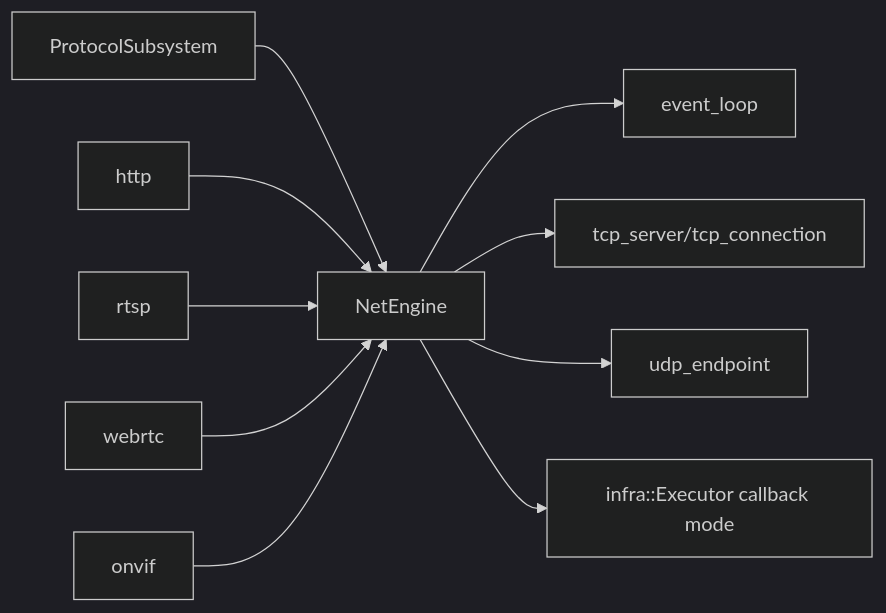
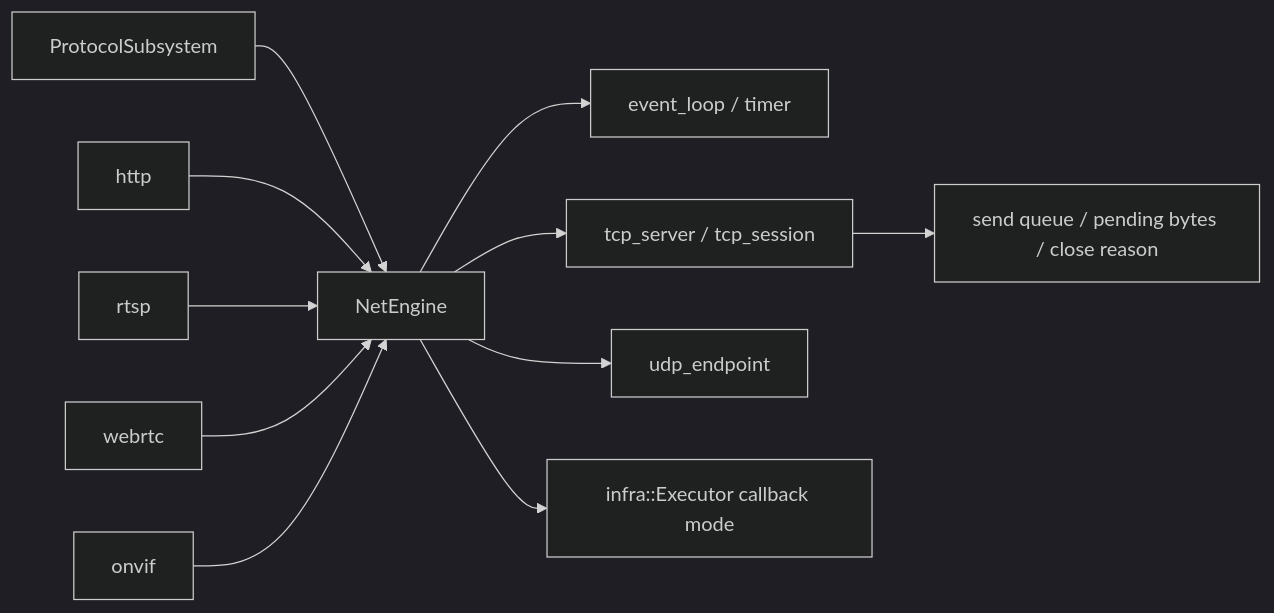
The diagram in docs/libs/net.md (373699756/live_stream), drawn with Mermaid (dark theme) before and after one commit. The commit also changed other lines of this file and 18 other files, not shown here.

Commit message:
refactor(net): task 6 freeze session contracts

````diff
--- a/docs/libs/net.md
+++ b/docs/libs/net.md
@@ -14,12 +15,13 @@
 ```mermaid
 flowchart LR
   Protocol[ProtocolSubsystem] --> Net[NetEngine]
-  Net --> Loop[event_loop]
-  Net --> TCP[tcp_server/tcp_connection]
+  Net --> Loop[event_loop / timer]
+  Net --> TCP[tcp_server / tcp_session]
   Net --> UDP[udp_endpoint]
+  TCP --> Queue[send queue / pending bytes / close reason]
   Net --> Executor[infra::Executor callback mode]
   HTTP[http] --> Net
   RTSP[rtsp] --> Net
   WebRTC[webrtc] --> Net
   ONVIF[onvif] --> Net
 ```
````
